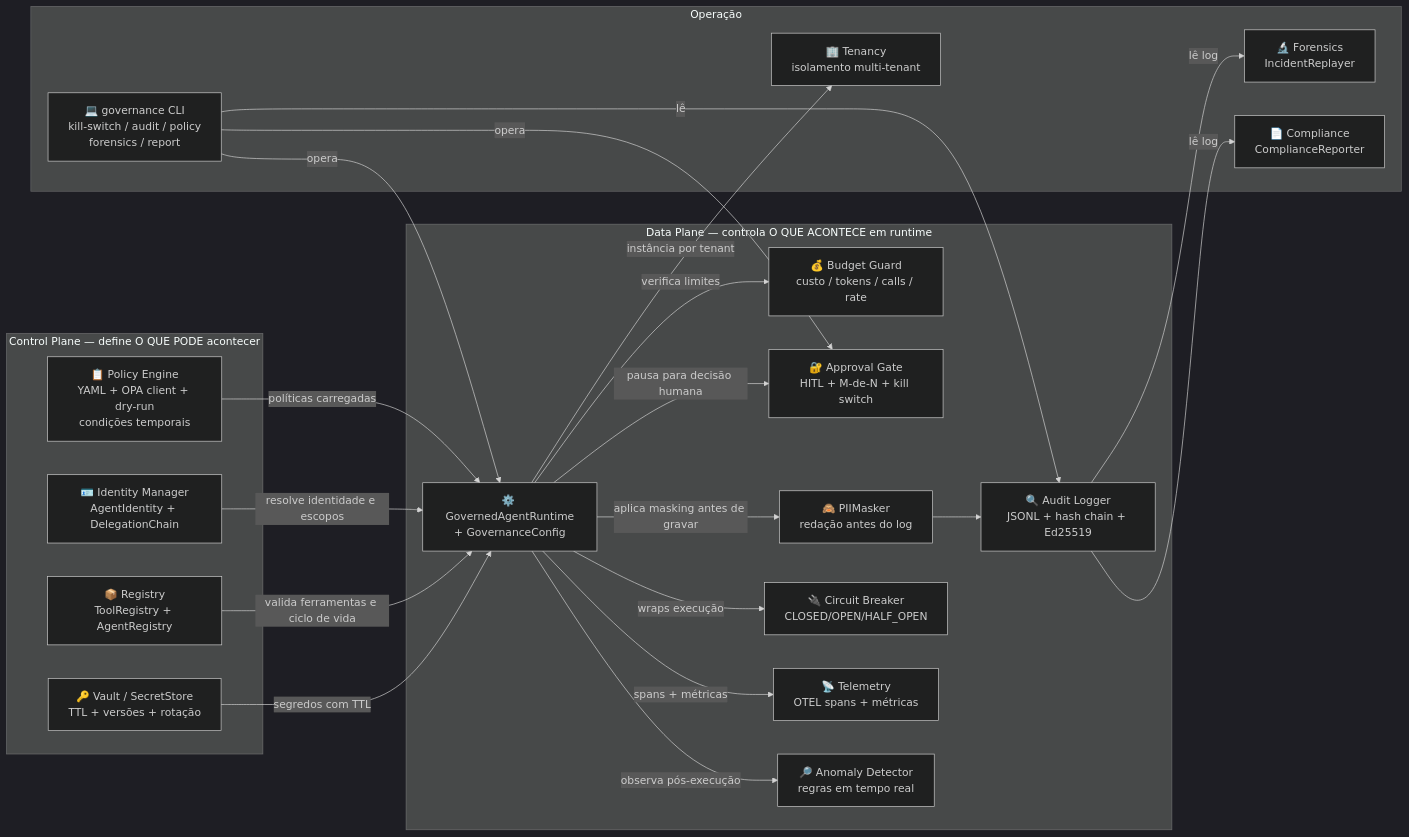
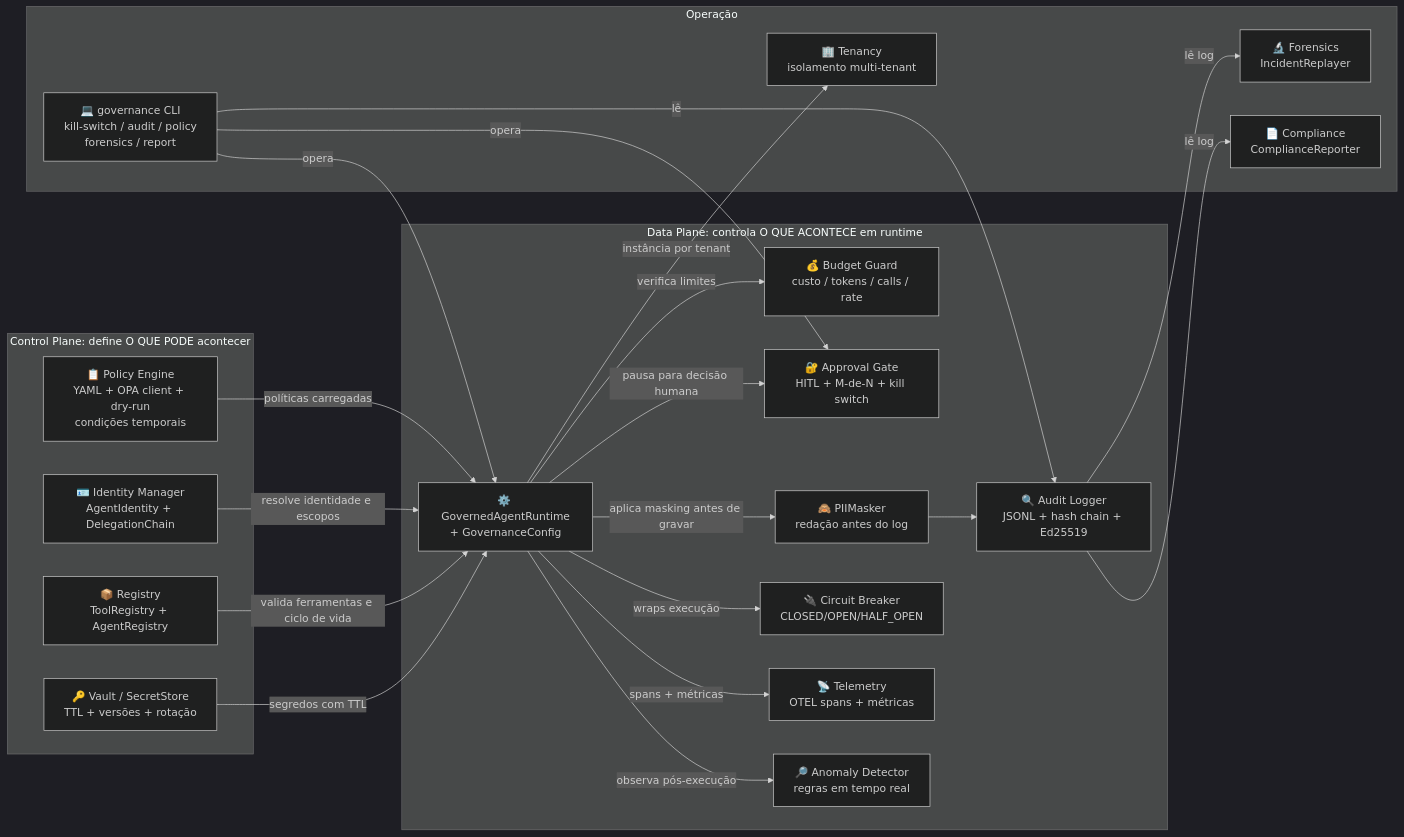
One commit to glaucojbs/agenticgovernance changed the first of 2 diagrams in docs/01-arquitetura.md. Above: the diagram before and after it, drawn with Mermaid (dark theme). The commit also changed other lines of this file and 31 other files, not shown here.

````diff
--- a/docs/01-arquitetura.md
+++ b/docs/01-arquitetura.md
@@ -7,44 +7,44 @@
 ```mermaid
 graph LR
-    subgraph "Control Plane — define O QUE PODE acontecer"
+    subgraph "Control Plane: define O QUE PODE acontecer"
         P["📋 Policy Engine\nYAML + OPA client + dry-run\ncondições temporais"]
         ID["🪪 Identity Manager\nAgentIdentity + DelegationChain"]
         REG["📦 Registry\nToolRegistry + AgentRegistry"]
         SEC["🔑 Vault / SecretStore\nTTL + versões + rotação"]
     end
 
-    subgraph "Data Plane — controla O QUE ACONTECE em runtime"
+    subgraph "Data Plane: controla O QUE ACONTECE em runtime"
         RT["⚙️ GovernedAgentRuntime\n+ GovernanceConfig"]
         AU["🔍 Audit Logger\nJSONL + hash chain + Ed25519"]
         BU["💰 Budget Guard\ncusto / tokens / calls / rate"]
         AP["🔐 Approval Gate\nHITL + M-de-N + kill switch"]
         MASK["🙈 PIIMasker\nredação antes do log"]
         CB["🔌 Circuit Breaker\nCLOSED/OPEN/HALF_OPEN"]
         TEL["📡 Telemetry\nOTEL spans + métricas"]
         AN["🔎 Anomaly Detector\nregras em tempo real"]
     end
 
     subgraph "Operação"
         CLI["💻 governance CLI\nkill-switch / audit / policy\nforensics / report"]
         FOR["🔬 Forensics\nIncidentReplayer"]
         COMP["📄 Compliance\nComplianceReporter"]
         TEN["🏢 Tenancy\nisolamento multi-tenant"]
     end
 
     P -->|políticas carregadas| RT
     ID -->|resolve identidade e escopos| RT
     REG -->|valida ferramentas e ciclo de vida| RT
     SEC -->|segredos com TTL| RT
     RT -->|aplica masking antes de gravar| MASK --> AU
     RT -->|verifica limites| BU
     RT -->|pausa para decisão humana| AP
     RT -->|wraps execução| CB
     RT -->|spans + métricas| TEL
     RT -->|observa pós-execução| AN
     AU -->|lê log| FOR
     AU -->|lê log| COMP
     RT -->|instância por tenant| TEN
     CLI -->|opera| RT
     CLI -->|opera| AP
     CLI -->|lê| AU
 ```
````
